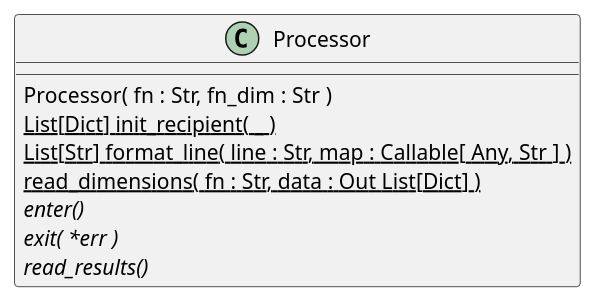
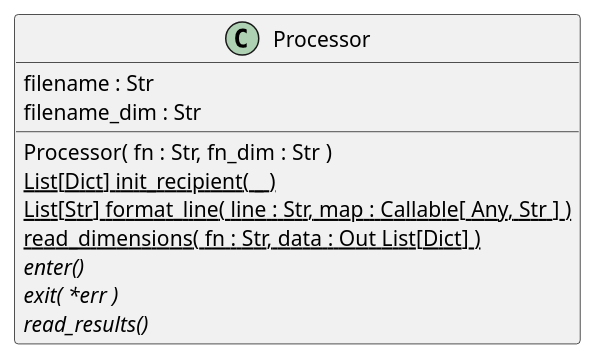
The diagram in docs/puml/Processor/Processor.puml (metamaterials-lab/mech-analyzer), drawn with PlantUML before and after one commit. The commit also changed 7 other files, not shown here.

```diff
--- a/docs/puml/Processor/Processor.puml
+++ b/docs/puml/Processor/Processor.puml
@@ -1,13 +1,15 @@
 @startuml
 
 class Processor {
+    filename : Str
+    filename_dim : Str
     Processor( fn : Str, fn_dim : Str )
     {static} List[Dict] init_recipient( _ )
     {static} List[Str] format_line( line : Str, map : Callable[ Any, Str ] )
     {static} read_dimensions( fn : Str, data : Out List[Dict] )
     {abstract} enter()
     {abstract} exit( *err )
     {abstract} read_results()
 }
 
 @enduml
```
